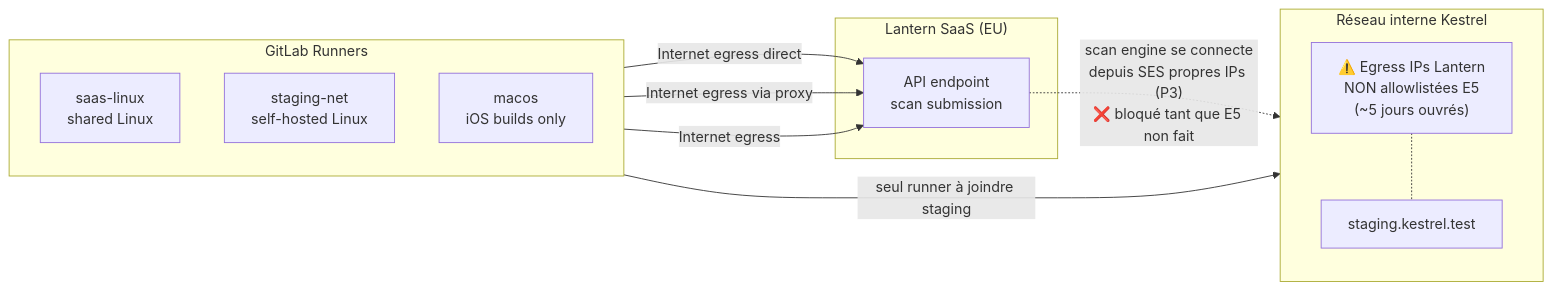
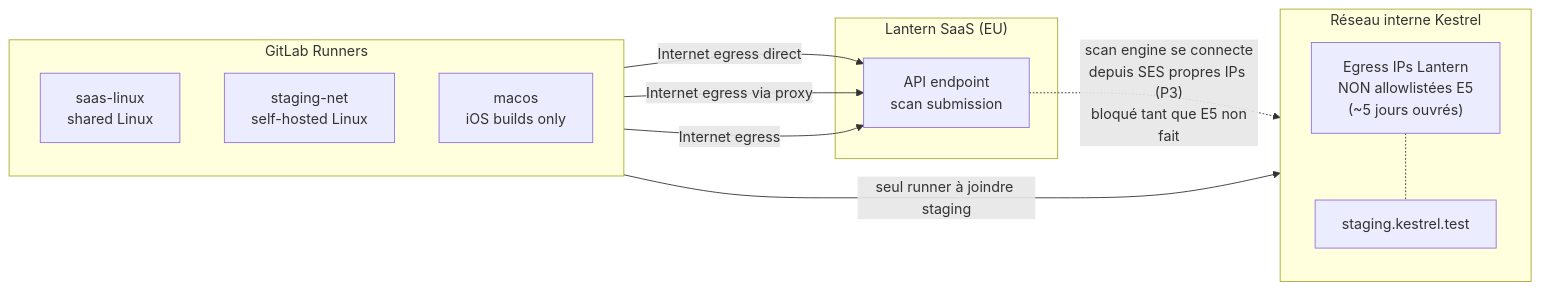
The third of 7 diagrams in integration_design.md (Ayoub-glitsh/lantern-kestrel-presales-assessment), drawn with Mermaid before and after one commit. The commit also changed other lines of this file, not shown here.

````diff
--- a/integration_design.md
+++ b/integration_design.md
@@ -149,29 +149,29 @@
 ```mermaid
     flowchart LR
     subgraph RUNNERS["GitLab Runners"]
         direction TB
         SL["saas-linux<br/>shared Linux"]
         SN["staging-net<br/>self-hosted Linux"]
         MAC["macos<br/>iOS builds only"]
     end
 
     subgraph LSaaS["Lantern SaaS (EU)"]
         API["API endpoint<br/>scan submission"]
     end
 
     subgraph STG["Réseau interne Kestrel"]
         direction TB
         TGT["staging.kestrel.test"]
-        WARN["⚠️ Egress IPs Lantern<br/>NON allowlistées  E5<br/>(~5 jours ouvrés)"]
+        WARN[" Egress IPs Lantern<br/>NON allowlistées  E5<br/>(~5 jours ouvrés)"]
     end
 
     SL -- "Internet egress direct" --> API
     SN -- "Internet egress via proxy" --> API
     MAC -- "Internet egress" --> API
 
     SN -- "seul runner à joindre staging" --> TGT
 
-    API -. "scan engine se connecte<br/>depuis SES propres IPs (P3)<br/>❌ bloqué tant que E5 non fait" .-> TGT
+    API -. "scan engine se connecte<br/>depuis SES propres IPs (P3)<br/> bloqué tant que E5 non fait" .-> TGT
 
     WARN -.- TGT
 ```
````
